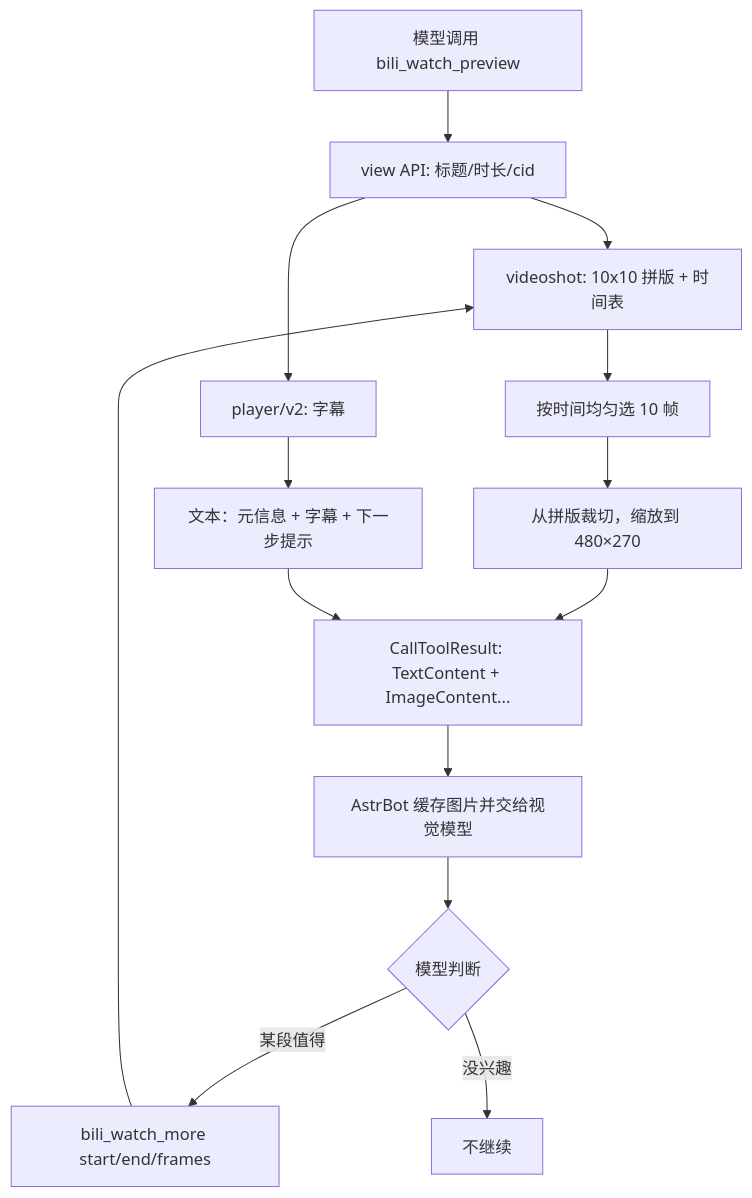
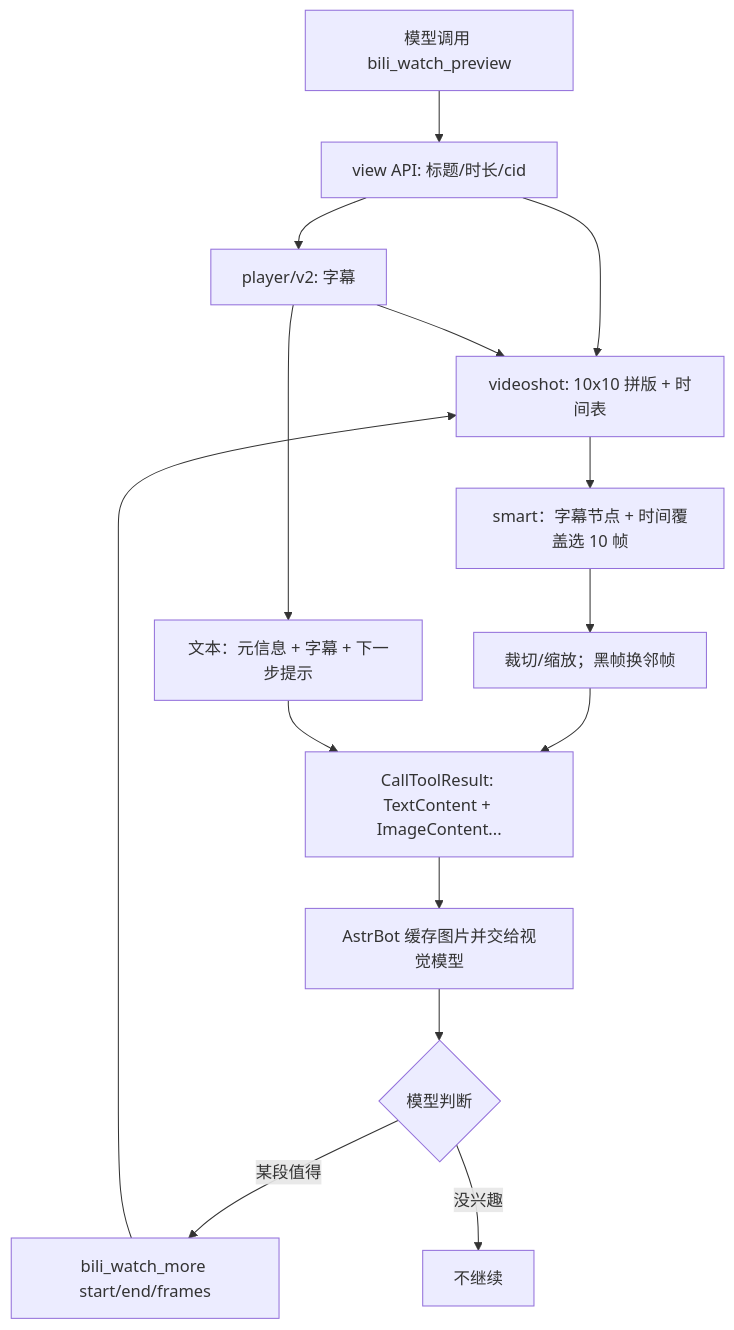
Before and after one commit to QKqiuku/astrbot_plugin_bili_watch: the diagram in README.md, drawn with Mermaid. The commit also changed other lines of this file and 7 other files, not shown here.

````diff
--- a/README.md
+++ b/README.md
@@ -204,16 +210,17 @@
 ```mermaid
 flowchart TB
   A[模型调用 bili_watch_preview] --> B[view API: 标题/时长/cid]
   B --> C[videoshot: 10x10 拼版 + 时间表]
   B --> D[player/v2: 字幕]
-  C --> E[按时间均匀选 10 帧]
-  E --> F[从拼版裁切，缩放到 480×270]
+  D --> C
+  C --> E[smart：字幕节点 + 时间覆盖选 10 帧]
+  E --> F[裁切/缩放；黑帧换邻帧]
   D --> G[文本：元信息 + 字幕 + 下一步提示]
   F --> H[CallToolResult: TextContent + ImageContent...]
   G --> H
   H --> I[AstrBot 缓存图片并交给视觉模型]
   I --> J{模型判断}
   J -->|某段值得| K[bili_watch_more start/end/frames]
   J -->|没兴趣| L[不继续]
   K --> C
 ```
````
